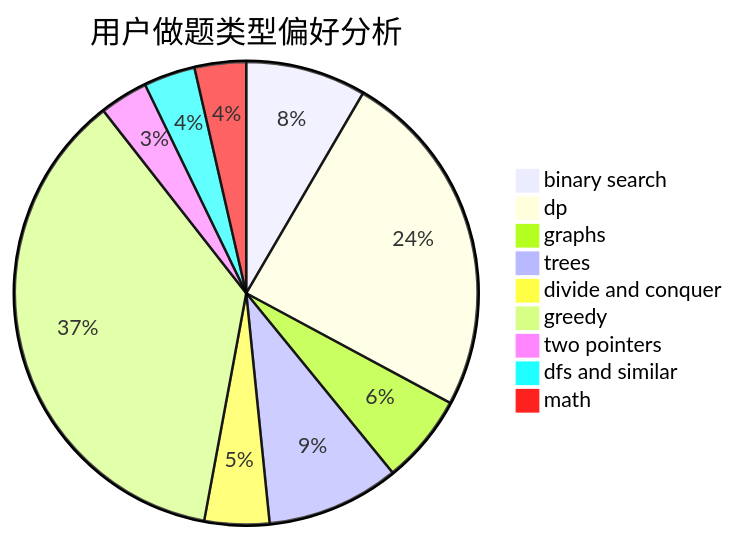
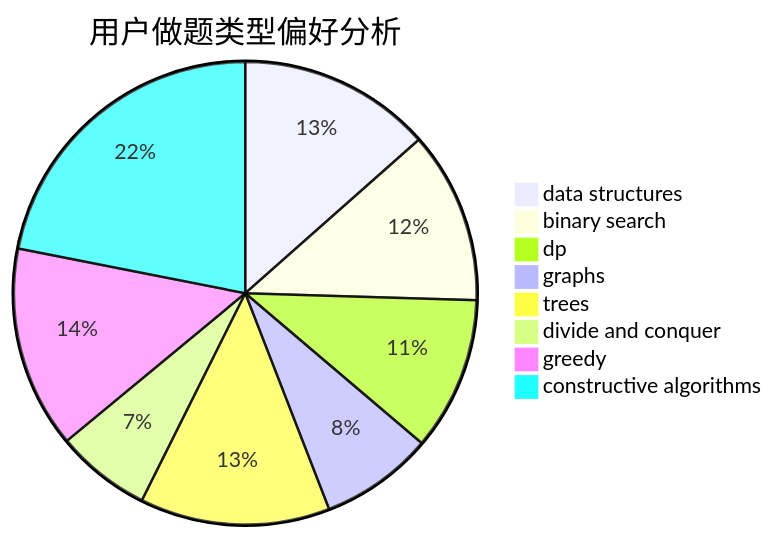
The second of 3 diagrams in docs/user/u2198.md (sherpahu/cfrs.github.io), drawn with Mermaid before and after one commit. The commit also changed other lines of this file and 2775 other files, not shown here.

````diff
--- a/docs/user/u2198.md
+++ b/docs/user/u2198.md
@@ -23,12 +23,11 @@
 ```mermaid
 pie title 用户做题类型偏好分析
-    "binary search" :  117
-    "dp" :  340
-    "graphs" :  87
-    "trees" :  129
+    "data structures" :  128
+    "binary search" :  114
+    "dp" :  102
+    "graphs" :  75
+    "trees" :  126
     "divide and conquer" :  63
-    "greedy" :  508
-    "two pointers" :  47
-    "dfs and similar" :  50
-    "math" :  50
+    "greedy" :  134
+    "constructive algorithms" :  208
 ```
````
